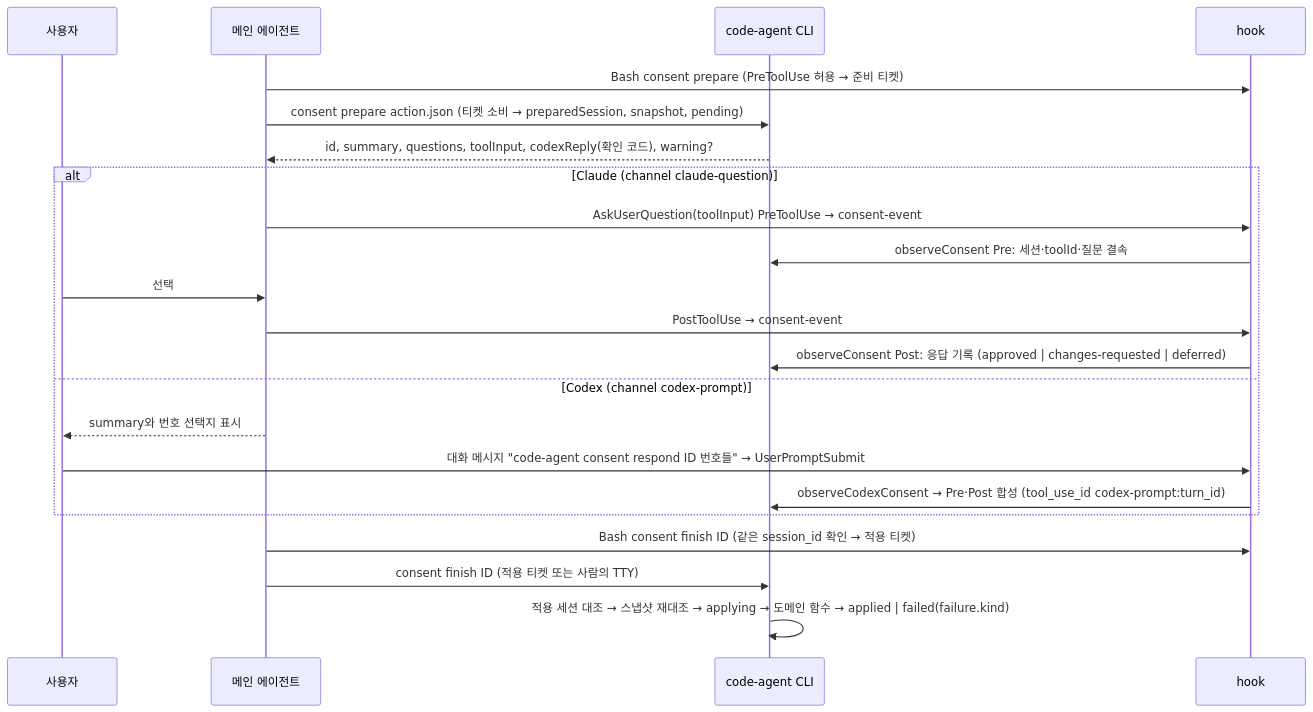
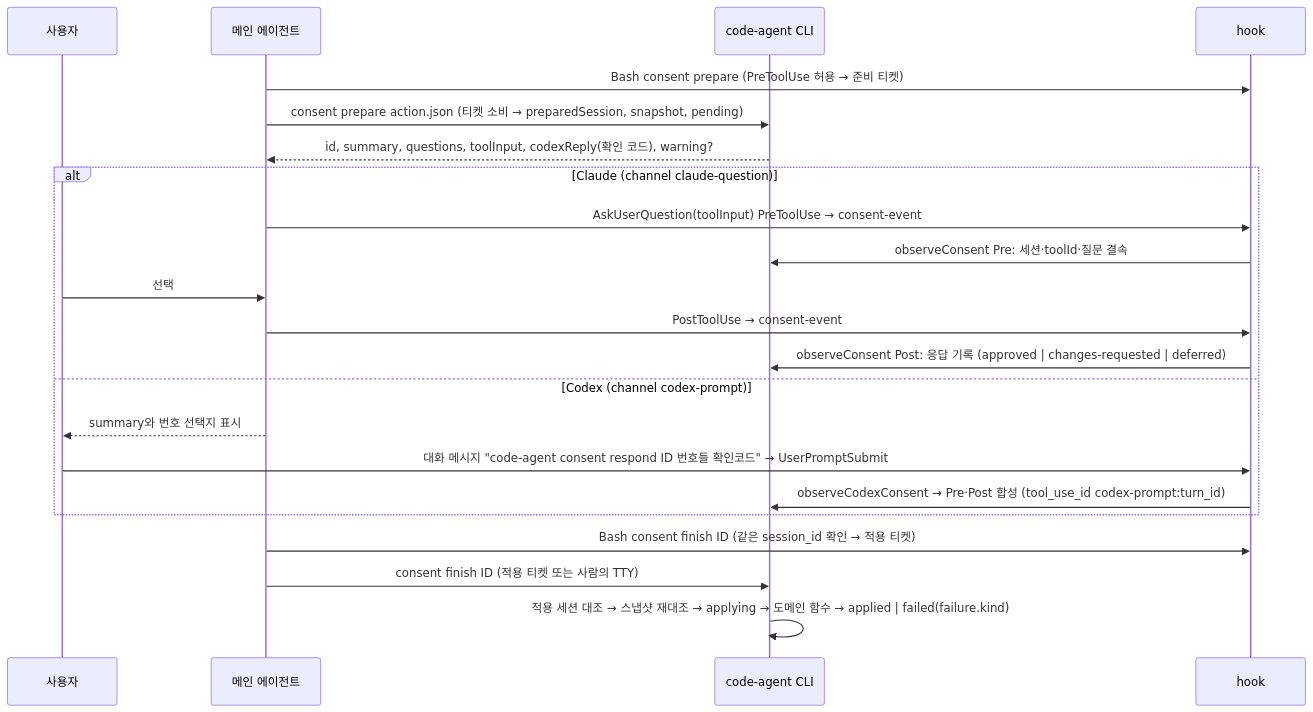
The second of 3 diagrams in doc/process-flow.md (collenkim/code-agent), drawn with Mermaid before and after one commit. The commit also changed other lines of this file and 24 other files, not shown here.

````diff
--- a/doc/process-flow.md
+++ b/doc/process-flow.md
@@ -144,24 +144,24 @@
 ```mermaid
 sequenceDiagram
   participant U as 사용자
   participant M as 메인 에이전트
   participant C as code-agent CLI
   participant H as hook
   M->>H: Bash consent prepare (PreToolUse 허용 → 준비 티켓)
   M->>C: consent prepare action.json (티켓 소비 → preparedSession, snapshot, pending)
   C-->>M: id, summary, questions, toolInput, codexReply(확인 코드), warning?
   alt Claude (channel claude-question)
     M->>H: AskUserQuestion(toolInput) PreToolUse → consent-event
     H->>C: observeConsent Pre: 세션·toolId·질문 결속
     U->>M: 선택
     M->>H: PostToolUse → consent-event
     H->>C: observeConsent Post: 응답 기록 (approved | changes-requested | deferred)
   else Codex (channel codex-prompt)
     M-->>U: summary와 번호 선택지 표시
-    U->>H: 대화 메시지 "code-agent consent respond ID 번호들" → UserPromptSubmit
+    U->>H: 대화 메시지 "code-agent consent respond ID 번호들 확인코드" → UserPromptSubmit
     H->>C: observeCodexConsent → Pre·Post 합성 (tool_use_id codex-prompt:turn_id)
   end
   M->>H: Bash consent finish ID (같은 session_id 확인 → 적용 티켓)
   M->>C: consent finish ID (적용 티켓 또는 사람의 TTY)
   C->>C: 적용 세션 대조 → 스냅샷 재대조 → applying → 도메인 함수 → applied | failed(failure.kind)
 ```
````
